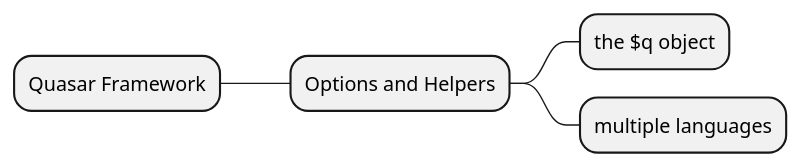
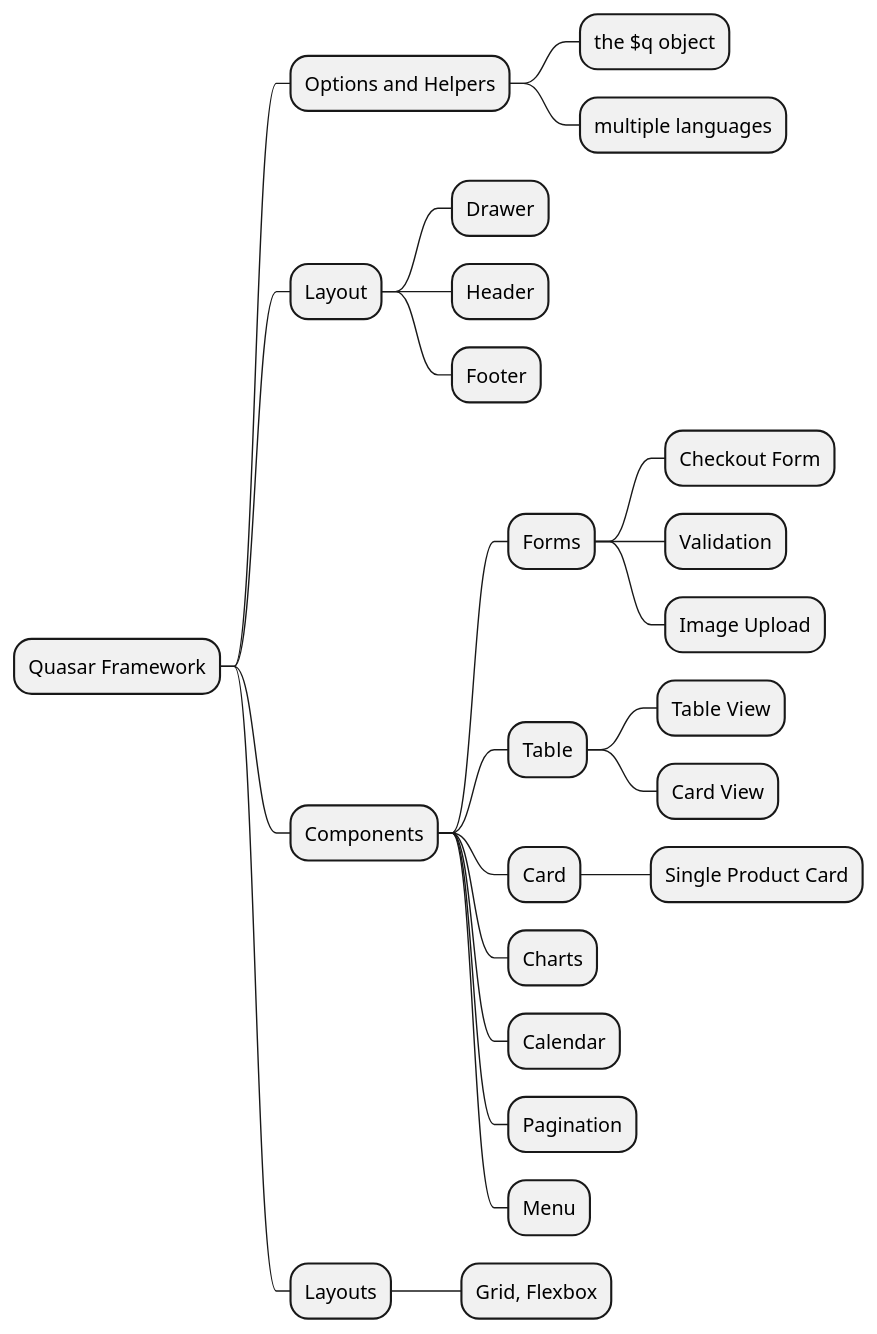
Before and after one commit to weberyanglalala/quasar-framework-cdn-notes: the diagram in document-note.puml, drawn with PlantUML. The commit also changed 1 other file, not shown here.

```diff
--- a/document-note.puml
+++ b/document-note.puml
@@ -1,7 +1,29 @@
 @startmindmap
 * Quasar Framework
 ** Options and Helpers
 *** the $q object
 *** multiple languages
+** Layout
+*** Drawer
+*** Header
+*** Footer
+** Components
+*** Forms
+**** Checkout Form
+**** Validation
+**** Image Upload
+*** Table
+**** Table View
+**** Card View
+*** Card
+**** Single Product Card
+*** Charts
+*** Calendar
+*** Pagination
+*** Menu
+** Layouts
+*** Grid, Flexbox
+
+
 
 @endmindmap
```
